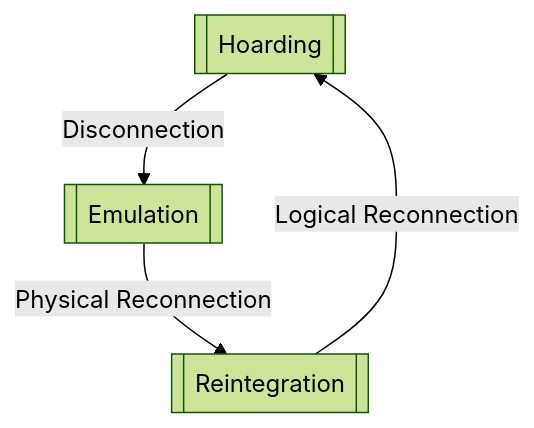
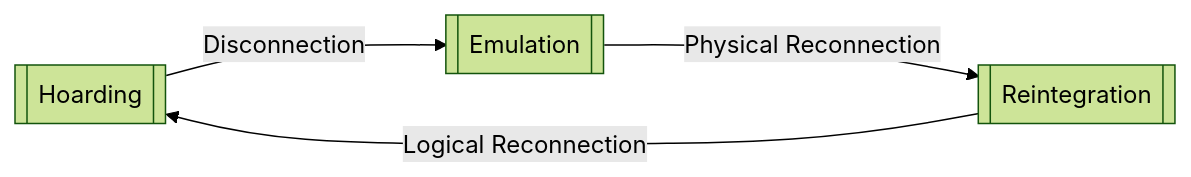
The diagram in distributed_systems/CodaFS.md (pink10000/notes), drawn with Mermaid (forest theme) before and after one commit. The commit also changed other lines of this file and 6 other files, not shown here.

````diff
--- a/distributed_systems/CodaFS.md
+++ b/distributed_systems/CodaFS.md
@@ -124,6 +128,6 @@
 ```mermaid
-graph TD;
+graph LR;
 	h[[Hoarding]] --Disconnection--> e[[Emulation]]
 	e --Physical Reconnection--> r[[Reintegration]]
 	r --Logical Reconnection--> h
 ```
````
